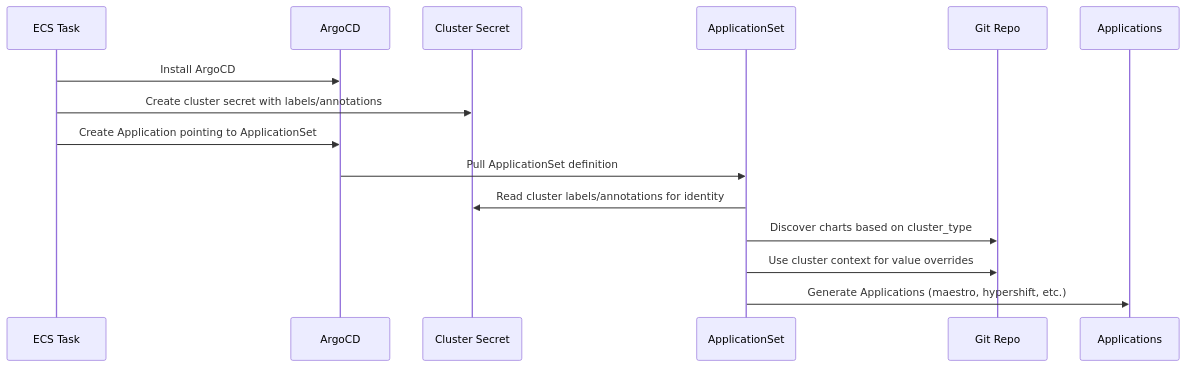
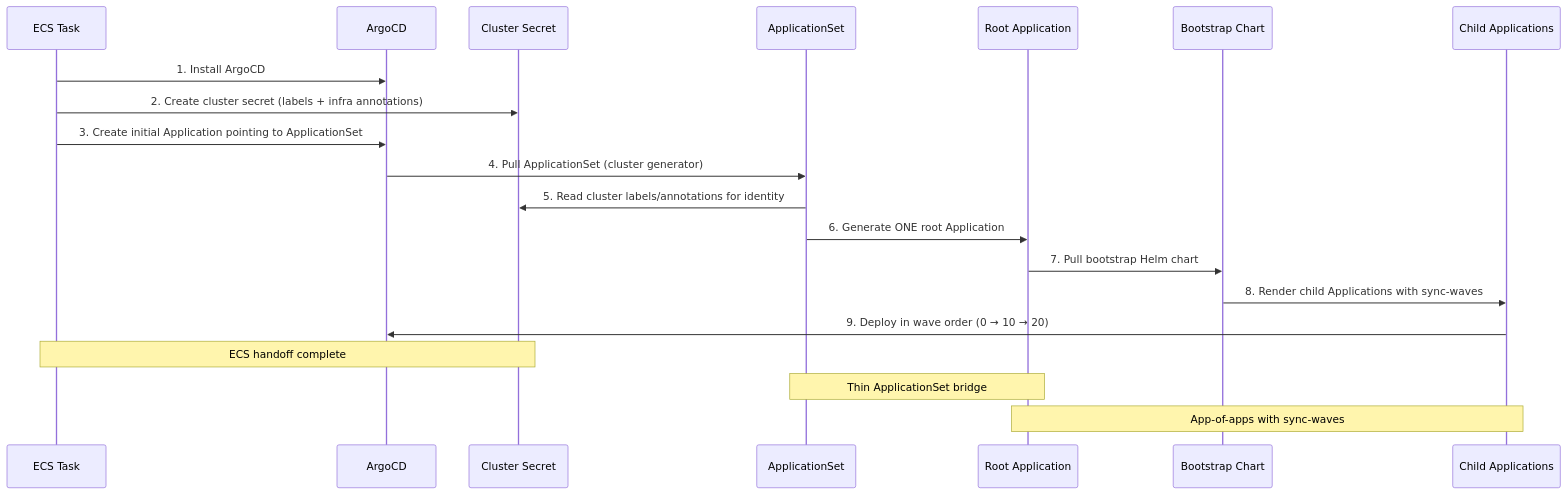
One commit to rosa-regional-platform-ci/rosa-regional-platform changed the first of 2 diagrams in docs/design/gitops-cluster-configuration.md. Above: the diagram before and after it, drawn with Mermaid. The commit also changed other lines of this file and 16 other files, not shown here.

````diff
--- a/docs/design/gitops-cluster-configuration.md
+++ b/docs/design/gitops-cluster-configuration.md
@@ -40,18 +40,24 @@
 ```mermaid
 sequenceDiagram
     participant ECS as ECS Task
     participant ArgoCD as ArgoCD
     participant Secret as Cluster Secret
     participant AppSet as ApplicationSet
-    participant Git as Git Repo
-    participant Apps as Applications
+    participant Root as Root Application
+    participant Bootstrap as Bootstrap Chart
+    participant Children as Child Applications
 
-    ECS->>ArgoCD: Install ArgoCD
-    ECS->>Secret: Create cluster secret with labels/annotations
-    ECS->>ArgoCD: Create Application pointing to ApplicationSet
-    ArgoCD->>AppSet: Pull ApplicationSet definition
-    AppSet->>Secret: Read cluster labels/annotations for identity
-    AppSet->>Git: Discover charts based on cluster_type
-    AppSet->>Git: Use cluster context for value overrides
-    AppSet->>Apps: Generate Applications (maestro, hypershift, etc.)
+    ECS->>ArgoCD: 1. Install ArgoCD
+    ECS->>Secret: 2. Create cluster secret (labels + infra annotations)
+    ECS->>ArgoCD: 3. Create initial Application pointing to ApplicationSet
+    ArgoCD->>AppSet: 4. Pull ApplicationSet (cluster generator)
+    AppSet->>Secret: 5. Read cluster labels/annotations for identity
+    AppSet->>Root: 6. Generate ONE root Application
+    Root->>Bootstrap: 7. Pull bootstrap Helm chart
+    Bootstrap->>Children: 8. Render child Applications with sync-waves
+    Children->>ArgoCD: 9. Deploy in wave order (0 → 10 → 20)
+
+    Note over ECS,Secret: ECS handoff complete
+    Note over AppSet,Root: Thin ApplicationSet bridge
+    Note over Root,Children: App-of-apps with sync-waves
 ```
````
